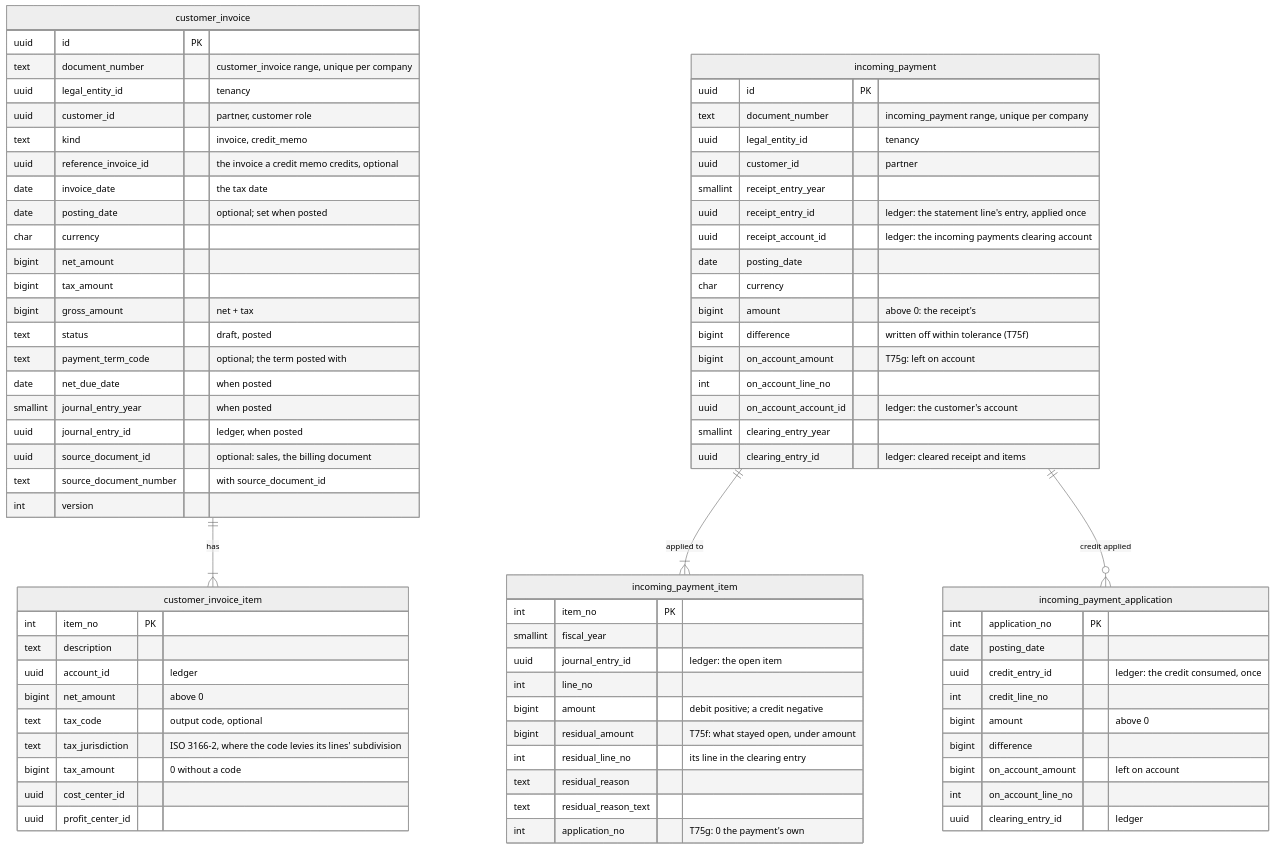
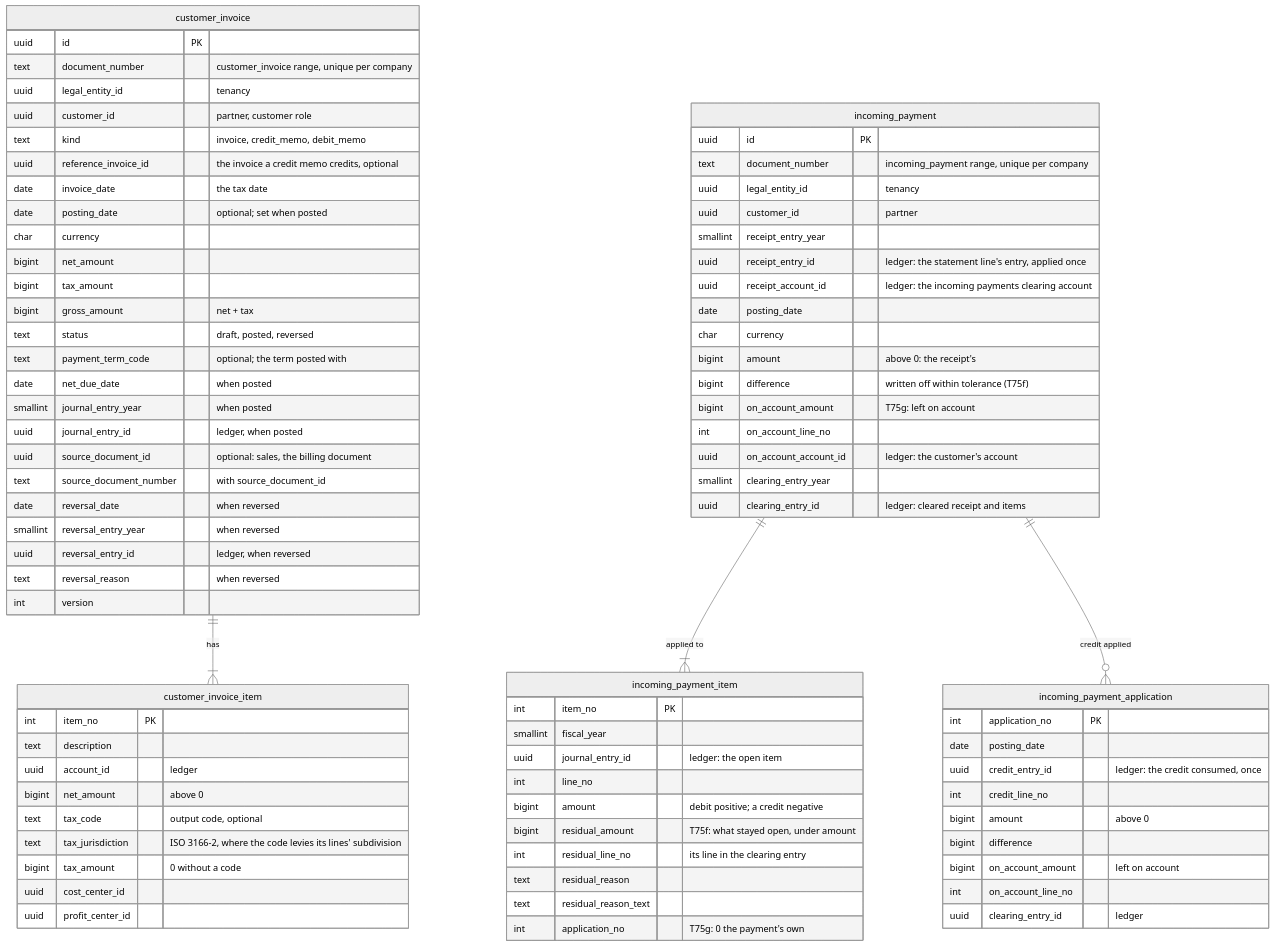
One commit to mustie7iy/agentic-erp changed diagram 14 of 20 in docs/design/03-data-model.md. Above: the diagram before and after it, drawn with Mermaid (neutral theme). The commit also changed other lines of this file and 35 other files, not shown here.

Commit message:
T75k: customer credit and debit memos reversed (POST /v1/customer-invoices/{id}:reverse): the ledger's reversal, the item cleared against it, the credit limit freed; migrations 000375, 000376; walkthrough step_memo_reversal (ADR-0063 As built)

````diff
--- a/docs/design/03-data-model.md
+++ b/docs/design/03-data-model.md
@@ -4527,70 +4527,74 @@
 ```mermaid
 erDiagram
   customer_invoice ||--|{ customer_invoice_item : "has"
   customer_invoice { uuid id PK
     text document_number "customer_invoice range, unique per company"
     uuid legal_entity_id "tenancy"
     uuid customer_id "partner, customer role"
-    text kind "invoice, credit_memo"
+    text kind "invoice, credit_memo, debit_memo"
     uuid reference_invoice_id "the invoice a credit memo credits, optional"
     date invoice_date "the tax date"
     date posting_date "optional; set when posted"
     char currency
     bigint net_amount
     bigint tax_amount
     bigint gross_amount "net + tax"
-    text status "draft, posted"
+    text status "draft, posted, reversed"
     text payment_term_code "optional; the term posted with"
     date net_due_date "when posted"
     smallint journal_entry_year "when posted"
     uuid journal_entry_id "ledger, when posted"
     uuid source_document_id "optional: sales, the billing document"
     text source_document_number "with source_document_id"
+    date reversal_date "when reversed"
+    smallint reversal_entry_year "when reversed"
+    uuid reversal_entry_id "ledger, when reversed"
+    text reversal_reason "when reversed"
     int version }
   customer_invoice_item { int item_no PK
     text description
     uuid account_id "ledger"
     bigint net_amount "above 0"
     text tax_code "output code, optional"
     text tax_jurisdiction "ISO 3166-2, where the code levies its lines' subdivision"
     bigint tax_amount "0 without a code"
     uuid cost_center_id
     uuid profit_center_id }
   incoming_payment ||--|{ incoming_payment_item : "applied to"
   incoming_payment { uuid id PK
     text document_number "incoming_payment range, unique per company"
     uuid legal_entity_id "tenancy"
     uuid customer_id "partner"
     smallint receipt_entry_year
     uuid receipt_entry_id "ledger: the statement line's entry, applied once"
     uuid receipt_account_id "ledger: the incoming payments clearing account"
     date posting_date
     char currency
     bigint amount "above 0: the receipt's"
     bigint difference "written off within tolerance (T75f)"
     bigint on_account_amount "T75g: left on account"
     int on_account_line_no
     uuid on_account_account_id "ledger: the customer's account"
     smallint clearing_entry_year
     uuid clearing_entry_id "ledger: cleared receipt and items" }
   incoming_payment_item { int item_no PK
     smallint fiscal_year
     uuid journal_entry_id "ledger: the open item"
     int line_no
     bigint amount "debit positive; a credit negative"
     bigint residual_amount "T75f: what stayed open, under amount"
     int residual_line_no "its line in the clearing entry"
     text residual_reason
     text residual_reason_text
     int application_no "T75g: 0 the payment's own" }
   incoming_payment ||--o{ incoming_payment_application : "credit applied"
   incoming_payment_application { int application_no PK
     date posting_date
     uuid credit_entry_id "ledger: the credit consumed, once"
     int credit_line_no
     bigint amount "above 0"
     bigint difference
     bigint on_account_amount "left on account"
     int on_account_line_no
     uuid clearing_entry_id "ledger" }
 ```
````
